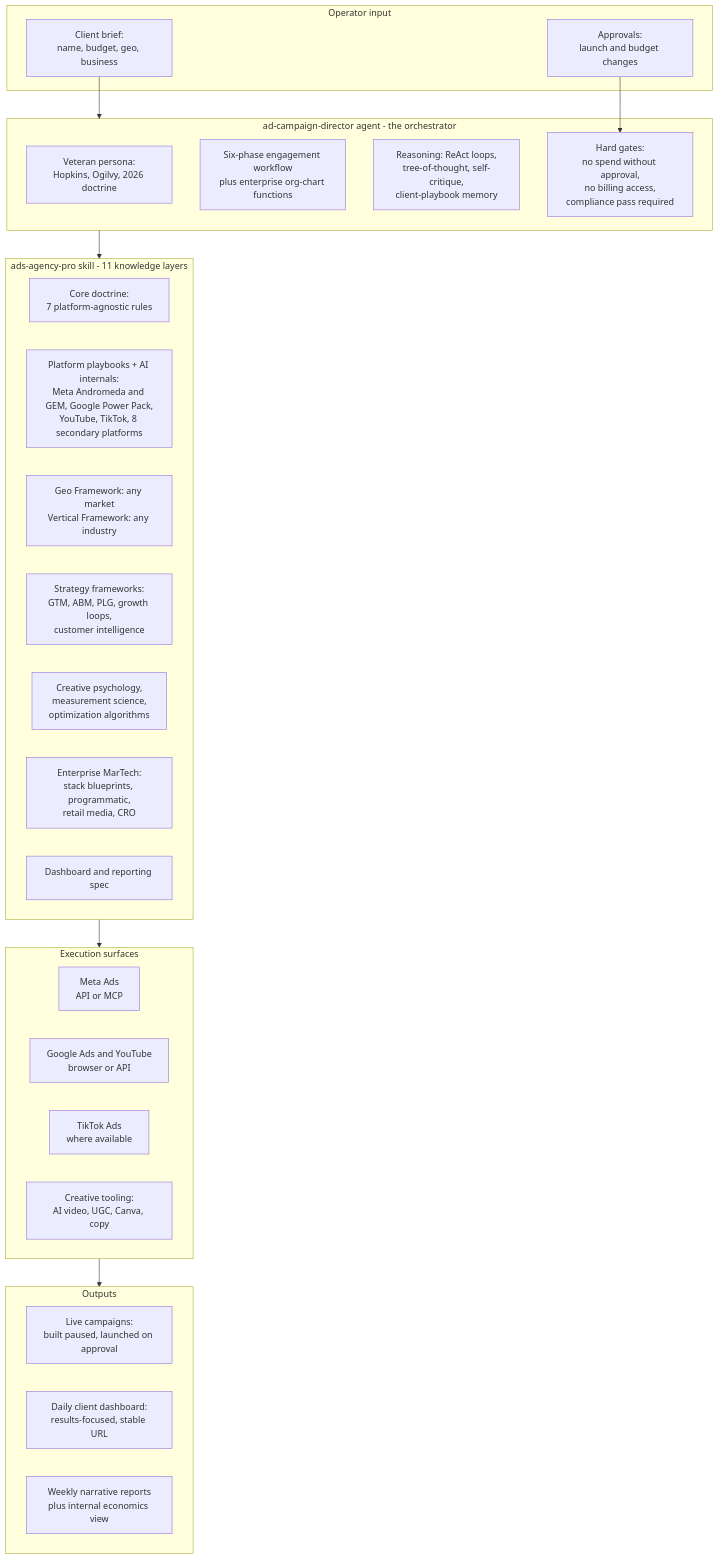
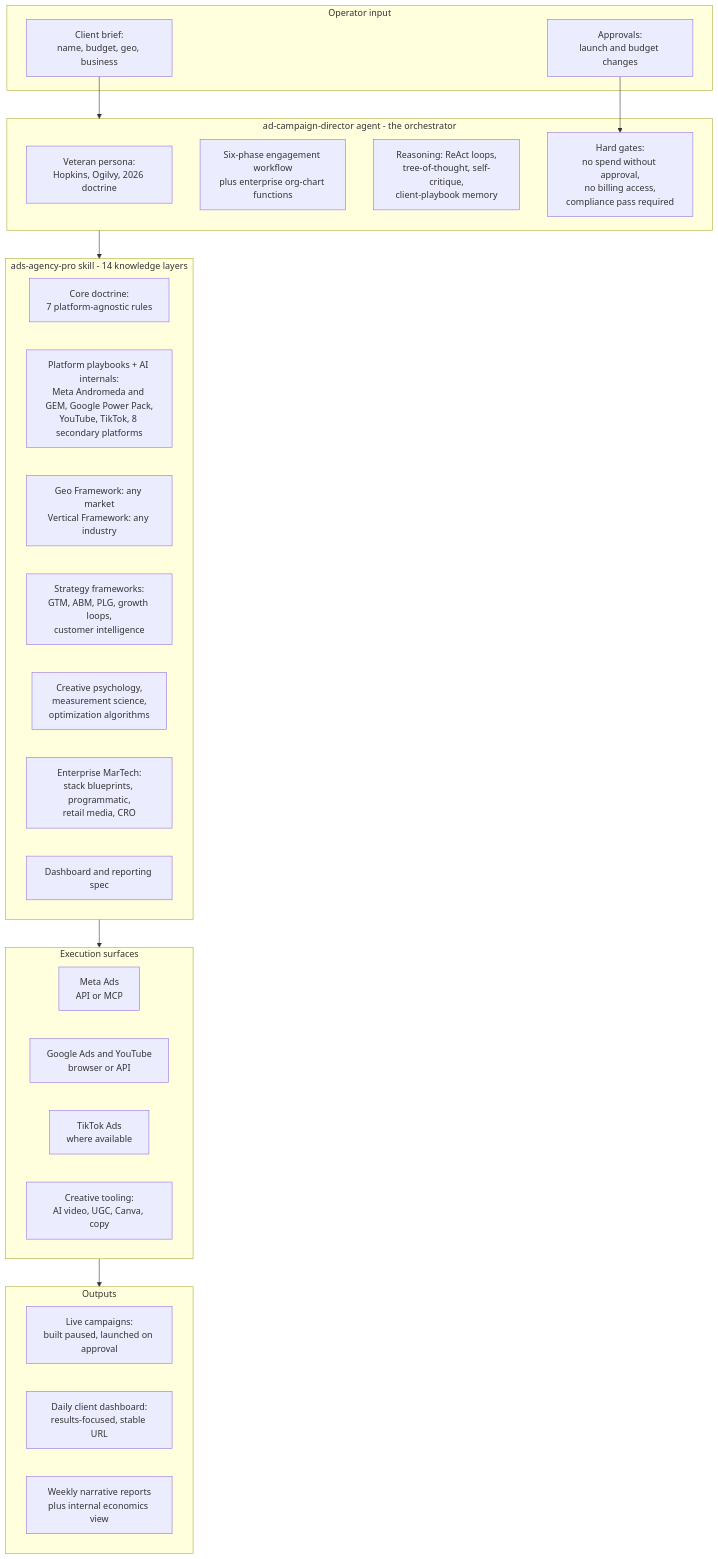
Before and after one commit to rghrmkr1993/ad-campaign-skills: the first of 2 diagrams in README.md, drawn with Mermaid. The commit also changed other lines of this file and 20 other files, not shown here.

````diff
--- a/README.md
+++ b/README.md
@@ -71,43 +75,43 @@
 ```mermaid
 flowchart TB
     subgraph INPUT["Operator input"]
         BRIEF["Client brief:<br/>name, budget, geo, business"]
         APPROVE["Approvals:<br/>launch and budget changes"]
     end
 
     subgraph AGENT["ad-campaign-director agent - the orchestrator"]
         PERSONA["Veteran persona:<br/>Hopkins, Ogilvy, 2026 doctrine"]
         WORKFLOW["Six-phase engagement workflow<br/>plus enterprise org-chart functions"]
         REASON["Reasoning: ReAct loops,<br/>tree-of-thought, self-critique,<br/>client-playbook memory"]
         GATES["Hard gates:<br/>no spend without approval,<br/>no billing access,<br/>compliance pass required"]
     end
 
-    subgraph SKILL["ads-agency-pro skill - 11 knowledge layers"]
+    subgraph SKILL["ads-agency-pro skill - 14 knowledge layers"]
         DOCTRINE["Core doctrine:<br/>7 platform-agnostic rules"]
         PLATFORMS["Platform playbooks + AI internals:<br/>Meta Andromeda and GEM, Google Power Pack,<br/>YouTube, TikTok, 8 secondary platforms"]
         GEO["Geo Framework: any market<br/>Vertical Framework: any industry"]
         STRAT["Strategy frameworks:<br/>GTM, ABM, PLG, growth loops,<br/>customer intelligence"]
         BRAIN["Creative psychology,<br/>measurement science,<br/>optimization algorithms"]
         TECH["Enterprise MarTech:<br/>stack blueprints, programmatic,<br/>retail media, CRO"]
         DASH["Dashboard and reporting spec"]
     end
 
     subgraph EXEC["Execution surfaces"]
         META["Meta Ads<br/>API or MCP"]
         GOOGLE["Google Ads and YouTube<br/>browser or API"]
         TIKTOK["TikTok Ads<br/>where available"]
         CREATIVE["Creative tooling:<br/>AI video, UGC, Canva, copy"]
     end
 
     subgraph OUT["Outputs"]
         CAMPAIGNS["Live campaigns:<br/>built paused, launched on approval"]
         DASHBOARD["Daily client dashboard:<br/>results-focused, stable URL"]
         REPORTS["Weekly narrative reports<br/>plus internal economics view"]
     end
 
     BRIEF --> AGENT
     APPROVE --> GATES
     AGENT --> SKILL
     SKILL --> EXEC
     EXEC --> OUT
 ```
````
